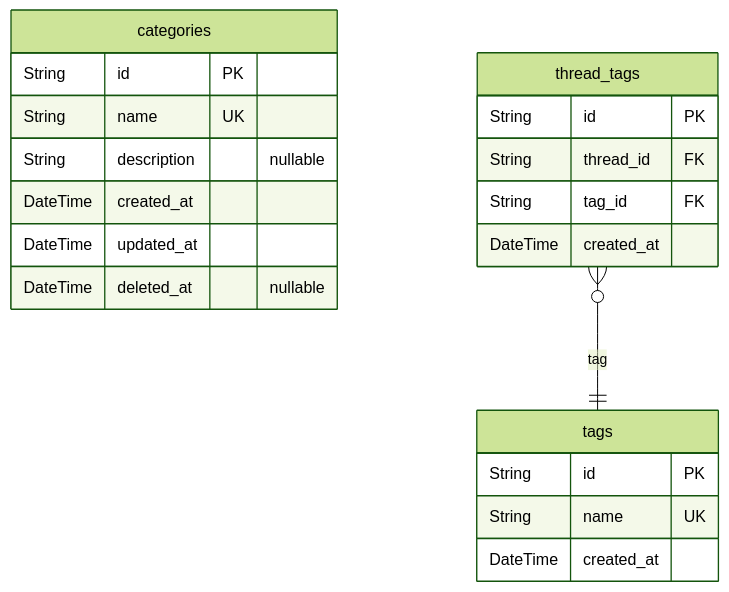
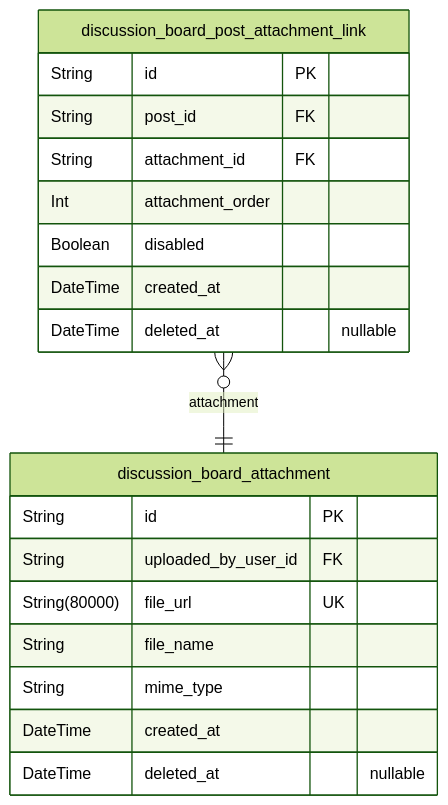
One commit to wrtnlabs/autobe-example-bbs-openai-gpt-4.1 changed the sixth of 6 diagrams in docs/ERD.md. Above: the diagram before and after it, drawn with Mermaid (forest theme). The commit also changed other lines of this file and 533 other files, not shown here.

````diff
--- a/docs/ERD.md
+++ b/docs/ERD.md
@@ -706,23 +736,22 @@
 ```mermaid
 erDiagram
-"categories" {
+"discussion_board_attachment" {
   String id PK
-  String name UK
-  String description "nullable"
+  String uploaded_by_user_id FK
+  String(80000) file_url UK
+  String file_name
+  String mime_type
   DateTime created_at
-  DateTime updated_at
   DateTime deleted_at "nullable"
 }
-"tags" {
+"discussion_board_post_attachment_link" {
   String id PK
-  String name UK
+  String post_id FK
+  String attachment_id FK
+  Int attachment_order
+  Boolean disabled
   DateTime created_at
+  DateTime deleted_at "nullable"
 }
-"thread_tags" {
-  String id PK
-  String thread_id FK
-  String tag_id FK
-  DateTime created_at
-}
-"thread_tags" }o--|| "tags" : tag
+"discussion_board_post_attachment_link" }o--|| "discussion_board_attachment" : attachment
 ```
````
